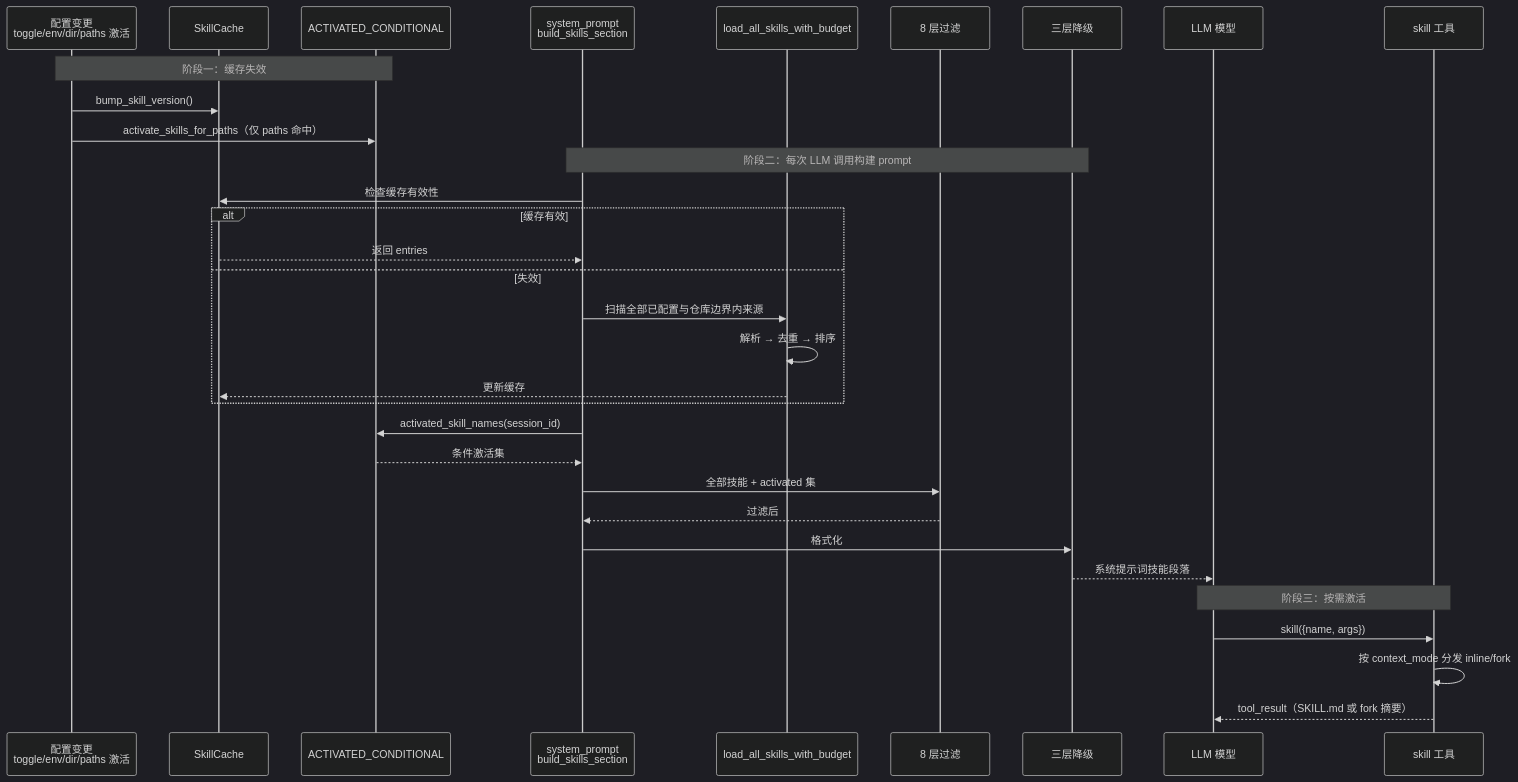
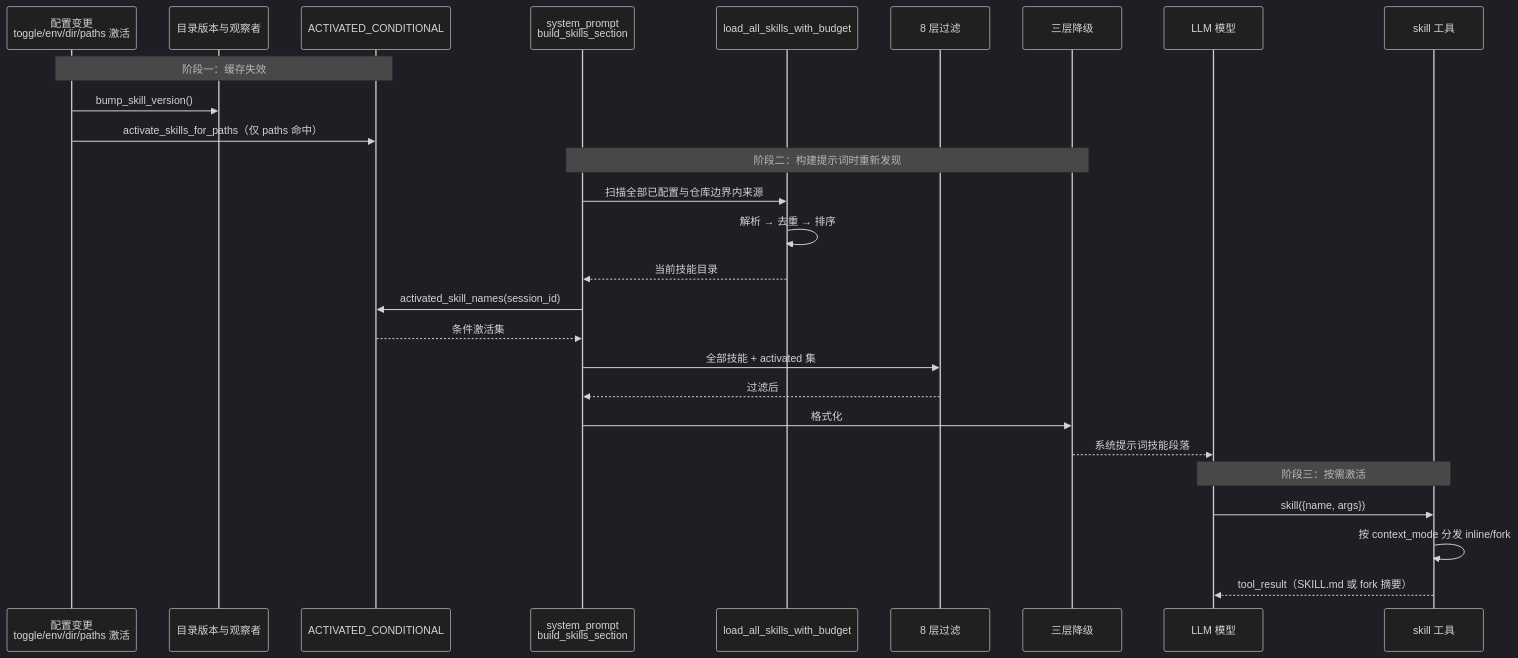
One commit to shiwenwen/hope-agent changed diagram 17 of 18 in docs/architecture/agent/skill-system.md. Above: the diagram before and after it, drawn with Mermaid (dark theme). The commit also changed other lines of this file and 25 other files, not shown here.

````diff
--- a/docs/architecture/agent/skill-system.md
+++ b/docs/architecture/agent/skill-system.md
@@ -1265,37 +1238,32 @@
 ```mermaid
 sequenceDiagram
     participant CFG as 配置变更<br/>toggle/env/dir/paths 激活
-    participant CACHE as SkillCache
+    participant VERSION as 目录版本与观察者
     participant ACT as ACTIVATED_CONDITIONAL
     participant SP as system_prompt<br/>build_skills_section
     participant LOAD as load_all_skills_with_budget
     participant FILTER as 8 层过滤
     participant BUDGET as 三层降级
     participant LLM as LLM 模型
     participant SKTOOL as skill 工具
 
     Note over CFG,ACT: 阶段一：缓存失效
-    CFG->>CACHE: bump_skill_version()
+    CFG->>VERSION: bump_skill_version()
     CFG->>ACT: activate_skills_for_paths（仅 paths 命中）
 
-    Note over SP,BUDGET: 阶段二：每次 LLM 调用构建 prompt
-    SP->>CACHE: 检查缓存有效性
-    alt 缓存有效
-        CACHE-->>SP: 返回 entries
-    else 失效
-        SP->>LOAD: 扫描全部已配置与仓库边界内来源
-        LOAD->>LOAD: 解析 → 去重 → 排序
-        LOAD-->>CACHE: 更新缓存
-    end
+    Note over SP,BUDGET: 阶段二：构建提示词时重新发现
+    SP->>LOAD: 扫描全部已配置与仓库边界内来源
+    LOAD->>LOAD: 解析 → 去重 → 排序
+    LOAD-->>SP: 当前技能目录
     SP->>ACT: activated_skill_names(session_id)
     ACT-->>SP: 条件激活集
     SP->>FILTER: 全部技能 + activated 集
     FILTER-->>SP: 过滤后
     SP->>BUDGET: 格式化
     BUDGET-->>LLM: 系统提示词技能段落
 
     Note over LLM,SKTOOL: 阶段三：按需激活
     LLM->>SKTOOL: skill({name, args})
     SKTOOL->>SKTOOL: 按 context_mode 分发 inline/fork
     SKTOOL-->>LLM: tool_result（SKILL.md 或 fork 摘要）
 ```
````
